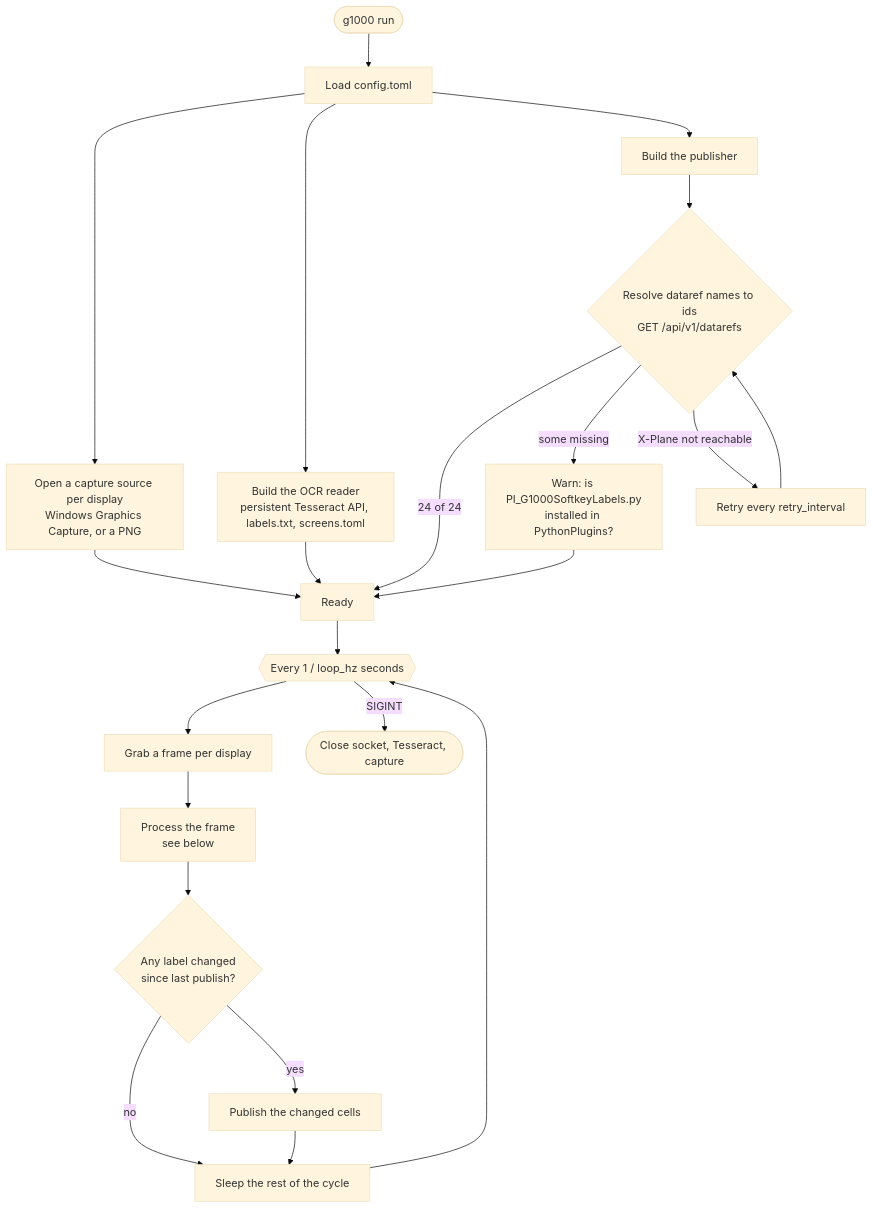
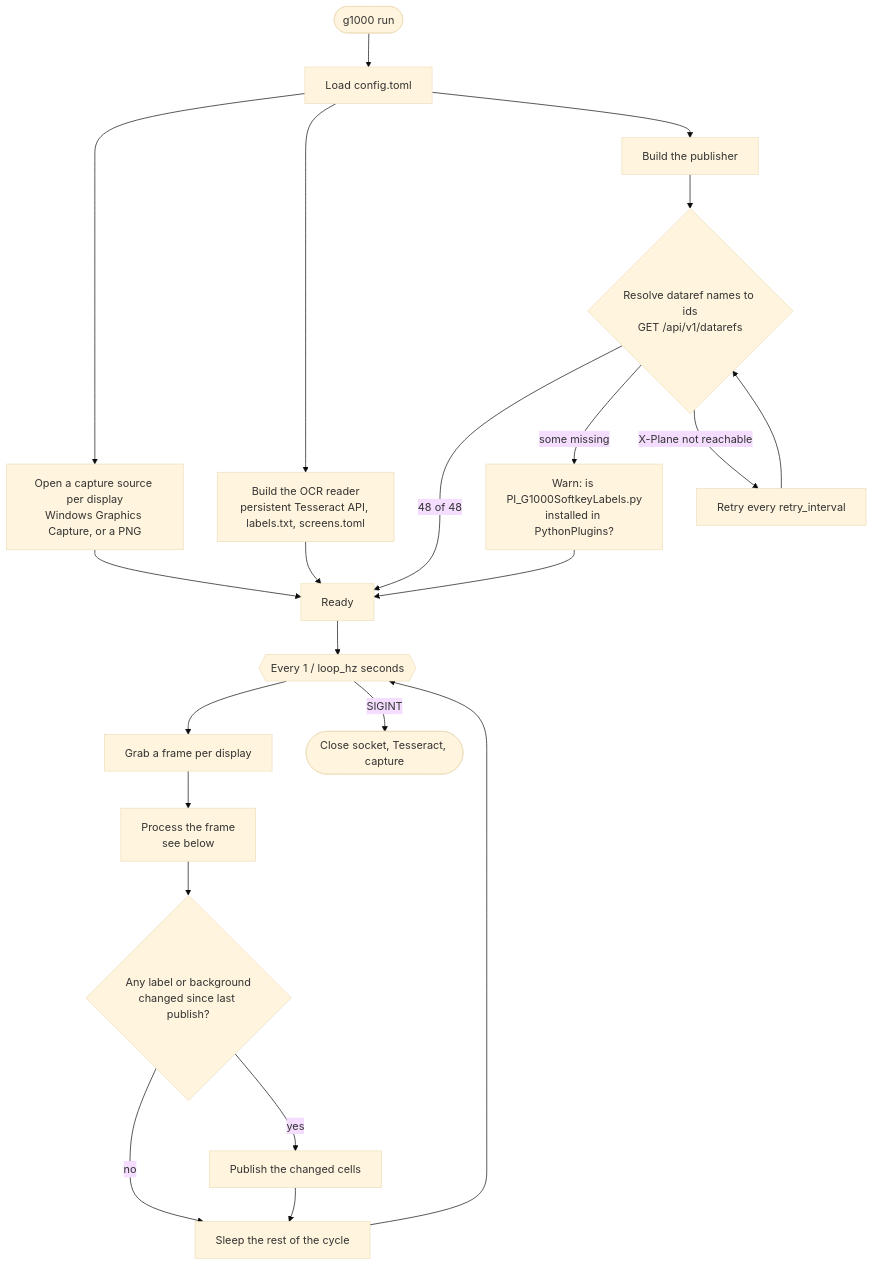
The first of 3 diagrams in docs/PIPELINE.md (rstalets/GlassLinkXP), drawn with Mermaid (base theme) before and after one commit. The commit also changed other lines of this file and 18 other files, not shown here.

First line of the commit message:
Publish the softkey cell background colour (#2)

````diff
--- a/docs/PIPELINE.md
+++ b/docs/PIPELINE.md
@@ -15,28 +15,28 @@
 ```mermaid
 flowchart TD
     START([g1000 run]) --> CFG[Load config.toml]
     CFG --> SRC["Open a capture source per display<br/>Windows Graphics Capture, or a PNG"]
     CFG --> RDR["Build the OCR reader<br/>persistent Tesseract API, labels.txt, screens.toml"]
     CFG --> PUB[Build the publisher]
 
     PUB --> RESOLVE{"Resolve dataref names to ids<br/>GET /api/v1/datarefs"}
-    RESOLVE -->|24 of 24| READY[Ready]
+    RESOLVE -->|48 of 48| READY[Ready]
     RESOLVE -->|some missing| WARN["Warn: is PI_G1000SoftkeyLabels.py<br/>installed in PythonPlugins?"]
     WARN --> READY
     RESOLVE -->|X-Plane not reachable| RETRY["Retry every retry_interval"]
     RETRY --> RESOLVE
 
     SRC --> READY
     RDR --> READY
 
     READY --> LOOP{{"Every 1 / loop_hz seconds"}}
     LOOP --> GRAB[Grab a frame per display]
     GRAB --> PROC["Process the frame<br/>see below"]
-    PROC --> DIFF{"Any label changed<br/>since last publish?"}
+    PROC --> DIFF{"Any label or background<br/>changed since last publish?"}
     DIFF -->|no| SLEEP
     DIFF -->|yes| SEND["Publish the changed cells"]
     SEND --> SLEEP[Sleep the rest of the cycle]
     SLEEP --> LOOP
 
     LOOP -->|SIGINT| STOP([Close socket, Tesseract, capture])
 ```
````
